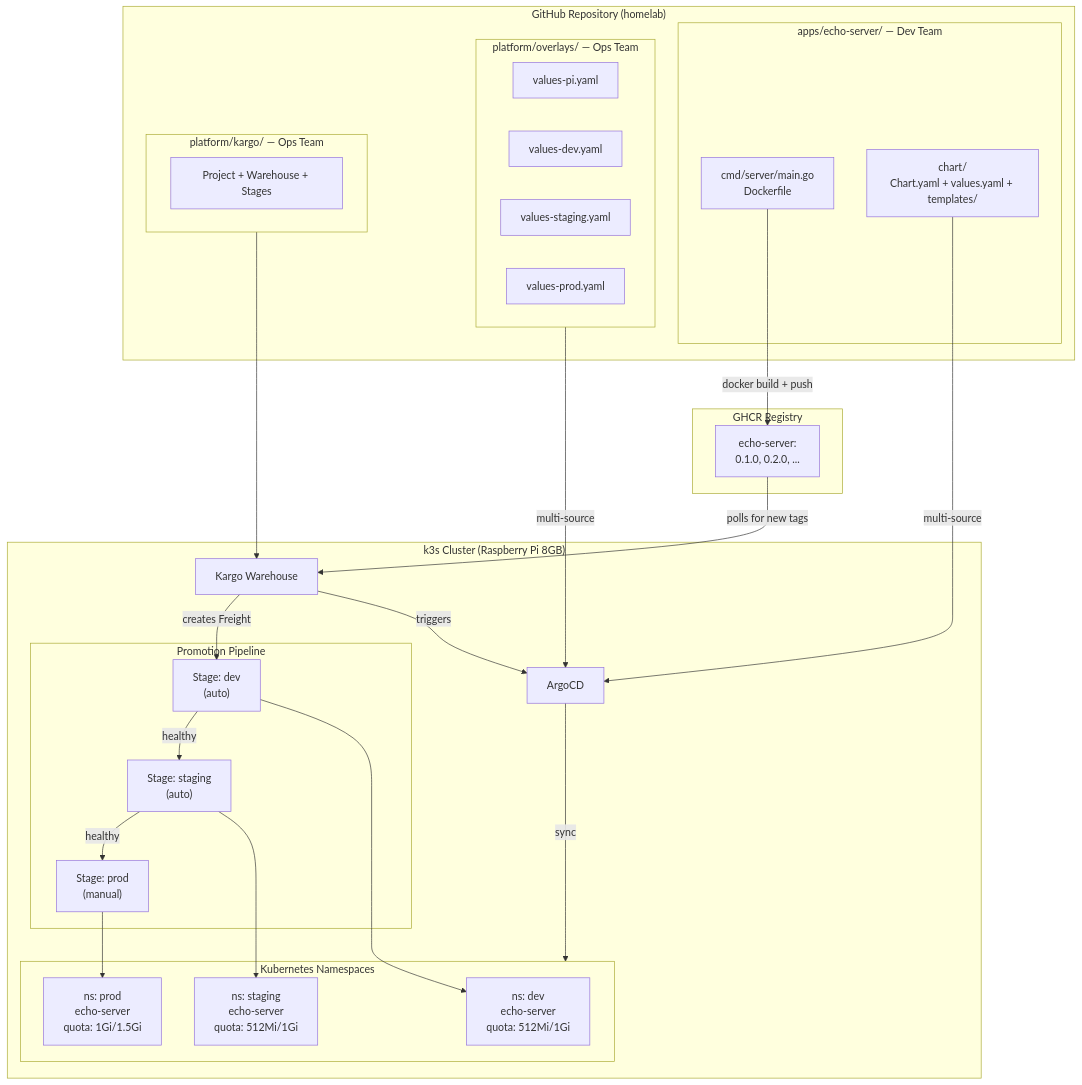
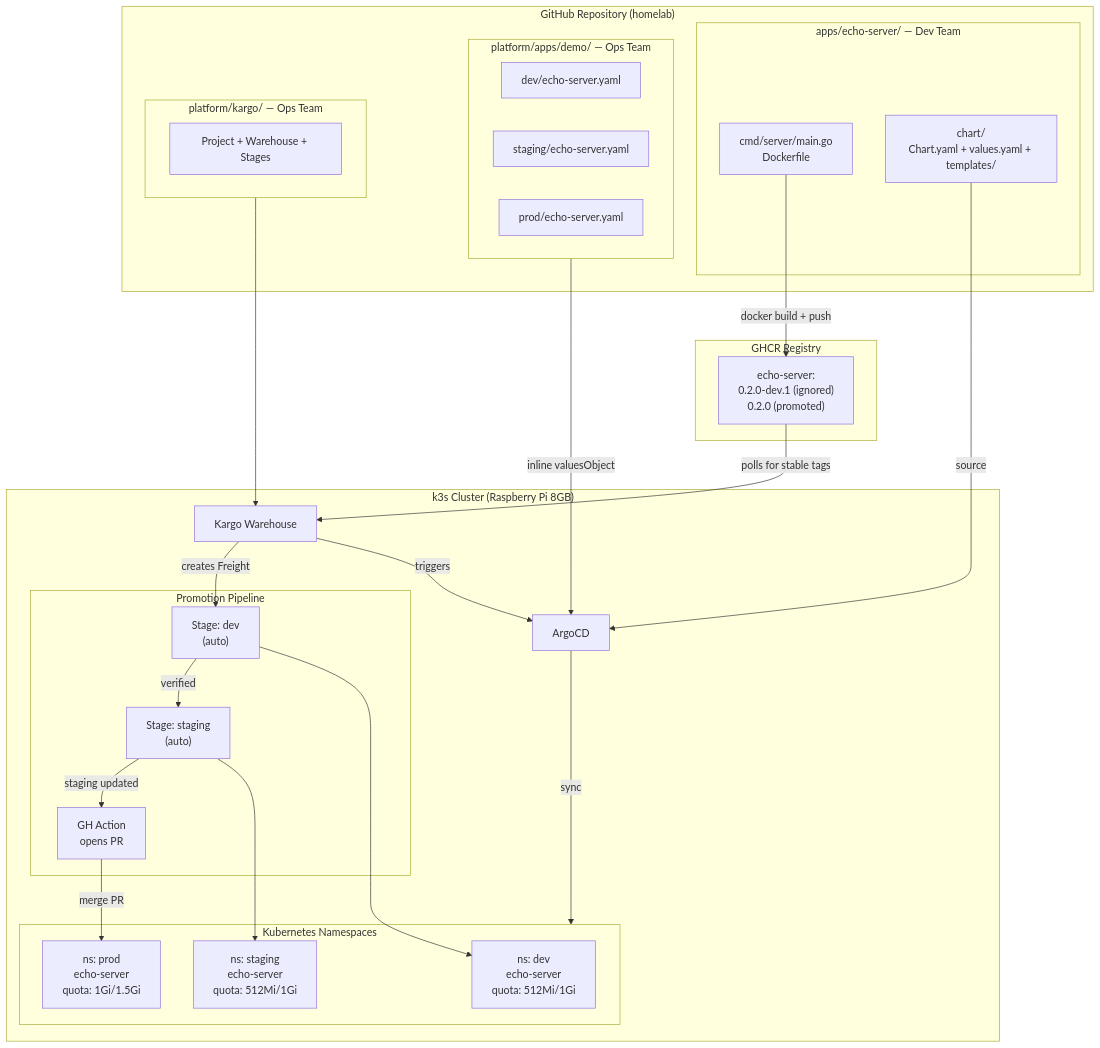
One commit to AaronRoethe/homelab changed the first of 3 diagrams in docs/infra/multi-environment-deployment.md. Above: the diagram before and after it, drawn with Mermaid. The commit also changed other lines of this file and 14 other files, not shown here.

````diff
--- a/docs/infra/multi-environment-deployment.md
+++ b/docs/infra/multi-environment-deployment.md
@@ -15,54 +15,53 @@
 ```mermaid
 graph TB
     subgraph repo["GitHub Repository (homelab)"]
         subgraph apps_code["apps/echo-server/ — Dev Team"]
             code["cmd/server/main.go<br/>Dockerfile"]
             chart["chart/<br/>Chart.yaml + values.yaml + templates/"]
         end
-        subgraph overlays["platform/overlays/ — Ops Team"]
-            vpi["values-pi.yaml"]
-            vdev["values-dev.yaml"]
-            vstg["values-staging.yaml"]
-            vprod["values-prod.yaml"]
+        subgraph app_defs["platform/apps/demo/ — Ops Team"]
+            vdev["dev/echo-server.yaml"]
+            vstg["staging/echo-server.yaml"]
+            vprod["prod/echo-server.yaml"]
         end
         subgraph kargo_cfg["platform/kargo/ — Ops Team"]
             project["Project + Warehouse + Stages"]
         end
     end
 
     subgraph ghcr["GHCR Registry"]
-        tags["echo-server:<br/>0.1.0, 0.2.0, ..."]
+        tags["echo-server:<br/>0.2.0-dev.1 (ignored)<br/>0.2.0 (promoted)"]
     end
 
     subgraph cluster["k3s Cluster (Raspberry Pi 8GB)"]
         warehouse["Kargo Warehouse"]
         argocd["ArgoCD"]
 
         subgraph pipeline["Promotion Pipeline"]
             dev_stage["Stage: dev<br/>(auto)"]
             stg_stage["Stage: staging<br/>(auto)"]
-            prod_stage["Stage: prod<br/>(manual)"]
-            dev_stage -->|"healthy"| stg_stage
-            stg_stage -->|"healthy"| prod_stage
+            prod_pr["GH Action<br/>opens PR"]
+            dev_stage -->|"verified"| stg_stage
+            stg_stage -->|"staging updated"| prod_pr
         end
 
         subgraph namespaces["Kubernetes Namespaces"]
             ns_dev["ns: dev<br/>echo-server<br/>quota: 512Mi/1Gi"]
             ns_stg["ns: staging<br/>echo-server<br/>quota: 512Mi/1Gi"]
             ns_prod["ns: prod<br/>echo-server<br/>quota: 1Gi/1.5Gi"]
         end
 
         warehouse -->|"creates Freight"| dev_stage
         warehouse -->|"triggers"| argocd
         dev_stage --> ns_dev
         stg_stage --> ns_stg
-        prod_stage --> ns_prod
+        prod_pr -->|"merge PR"| ns_prod
     end
 
     code -->|"docker build + push"| tags
-    tags -->|"polls for new tags"| warehouse
-    chart -->|"multi-source"| argocd
-    overlays -->|"multi-source"| argocd
+    tags -->|"polls for stable tags"| warehouse
+    chart -->|"source"| argocd
+    app_defs -->|"inline valuesObject"| argocd
     kargo_cfg --> warehouse
     argocd -->|"sync"| namespaces
 ```
````
